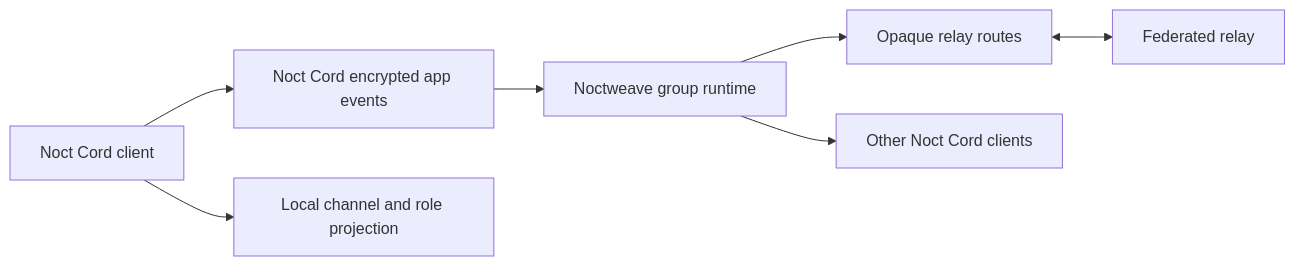
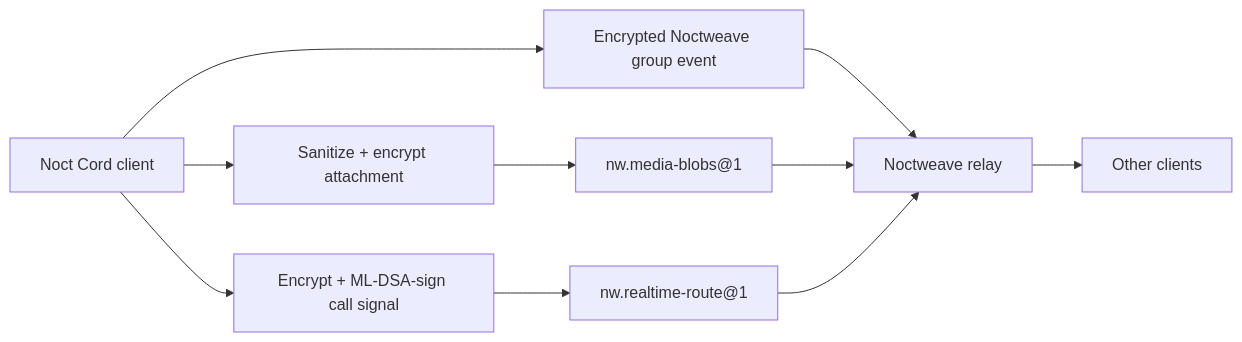
The diagram in README.md (luizwidmer/NoctCord), drawn with Mermaid before and after one commit. The commit also changed other lines of this file and 39 other files, not shown here.

Commit message:
Implement encrypted voice and media collaboration

````diff
--- a/README.md
+++ b/README.md
@@ -47,9 +52,12 @@
 ```mermaid
 flowchart LR
-    A["Noct Cord client"] --> B["Noct Cord encrypted app events"]
-    B --> C["Noctweave group runtime"]
-    C --> D["Opaque relay routes"]
-    D <--> E["Federated relay"]
-    C --> F["Other Noct Cord clients"]
-    A --> G["Local channel and role projection"]
+    A["Noct Cord client"] --> B["Encrypted Noctweave group event"]
+    A --> C["Sanitize + encrypt attachment"]
+    C --> D["nw.media-blobs@1"]
+    A --> E["Encrypt + ML-DSA-sign call signal"]
+    E --> F["nw.realtime-route@1"]
+    B --> R["Noctweave relay"]
+    D --> R
+    F --> R
+    R --> G["Other clients"]
 ```
````
